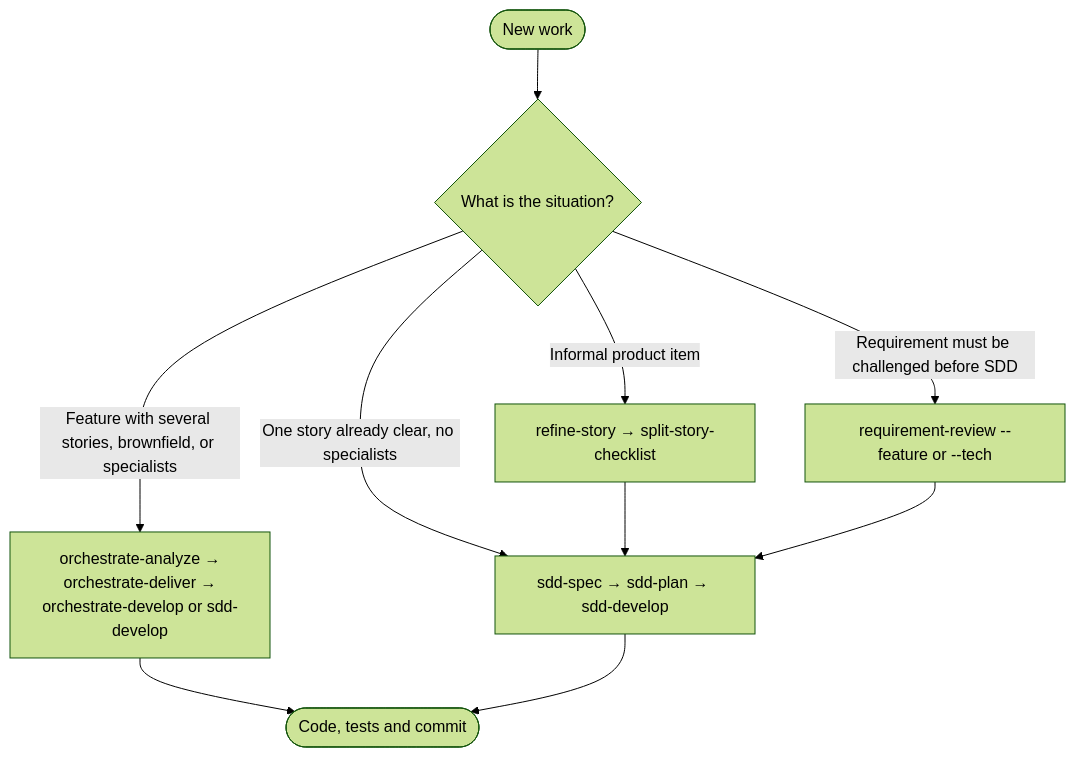
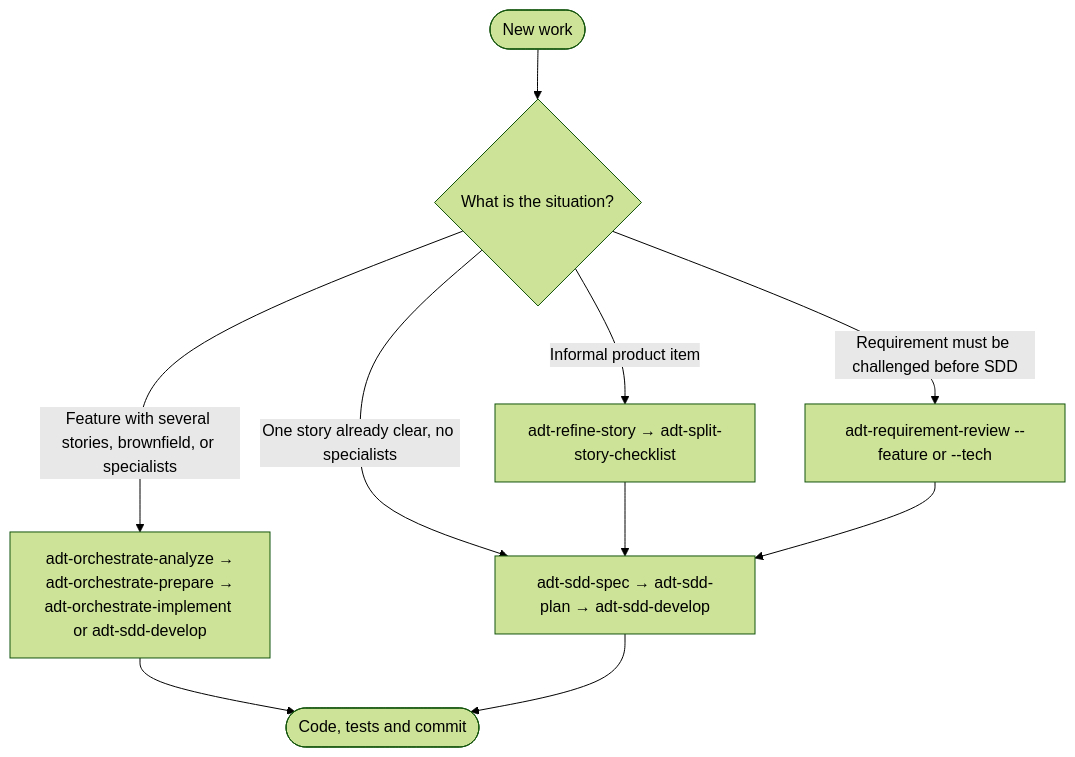
Before and after one commit to tibursocampos/agent-dev-toolkit: the diagram in docs/guides/flow-selection.md, drawn with Mermaid (forest theme). The commit also changed other lines of this file and 53 other files, not shown here.

````diff
--- a/docs/guides/flow-selection.md
+++ b/docs/guides/flow-selection.md
@@ -7,12 +7,12 @@
 ```mermaid
 flowchart TD
   Start([New work]) --> Q{What is the situation?}
-  Q -->|Feature with several stories, brownfield, or specialists| ORCH["orchestrate-analyze →<br/>orchestrate-deliver →<br/>orchestrate-develop or sdd-develop"]
-  Q -->|One story already clear, no specialists| SDD["sdd-spec → sdd-plan → sdd-develop"]
-  Q -->|Informal product item| REF["refine-story → split-story-checklist"]
-  Q -->|Requirement must be challenged before SDD| REV["requirement-review --feature or --tech"]
+  Q -->|Feature with several stories, brownfield, or specialists| ORCH["adt-orchestrate-analyze →<br/>adt-orchestrate-prepare →<br/>adt-orchestrate-implement or adt-sdd-develop"]
+  Q -->|One story already clear, no specialists| SDD["adt-sdd-spec → adt-sdd-plan → adt-sdd-develop"]
+  Q -->|Informal product item| REF["adt-refine-story → adt-split-story-checklist"]
+  Q -->|Requirement must be challenged before SDD| REV["adt-requirement-review --feature or --tech"]
   REF --> SDD
   REV --> SDD
   ORCH --> Done([Code, tests and commit])
   SDD --> Done
 ```
````
